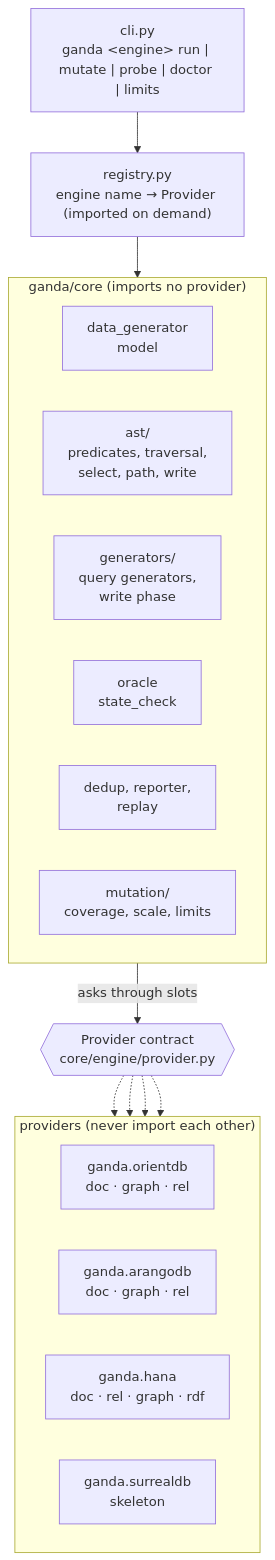
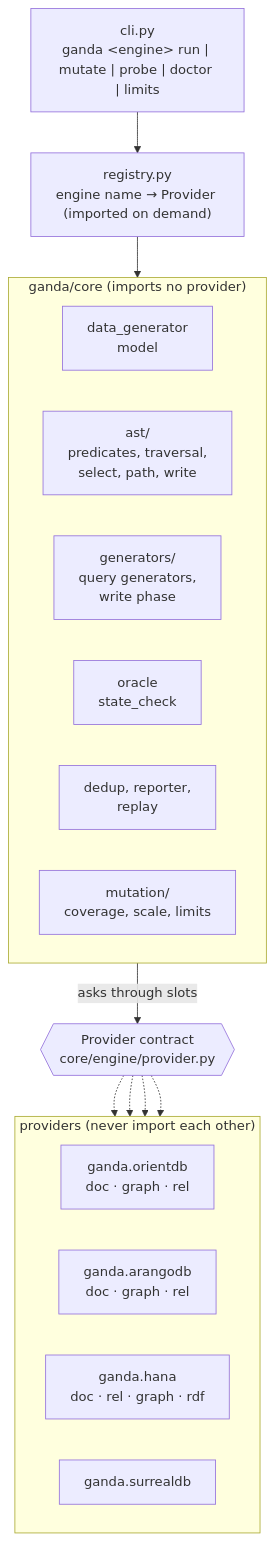
Before and after one commit to adoubleb/ganda: the first of 2 diagrams in docs/architecture.md, drawn with Mermaid. The commit also changed other lines of this file and 16 other files, not shown here.

````diff
--- a/docs/architecture.md
+++ b/docs/architecture.md
@@ -17,30 +17,30 @@
 ```mermaid
 flowchart TB
     cli["cli.py<br/>ganda &lt;engine&gt; run | mutate | probe | doctor | limits"]
     reg["registry.py<br/>engine name → Provider (imported on demand)"]
     cli --> reg
 
     subgraph core["ganda/core (imports no provider)"]
         direction LR
         gen["data_generator<br/>model"]
         ast["ast/<br/>predicates, traversal,<br/>select, path, write"]
         qg["generators/<br/>query generators,<br/>write phase"]
         orc["oracle<br/>state_check"]
         out["dedup, reporter,<br/>replay"]
         mut["mutation/<br/>coverage, scale, limits"]
     end
 
     contract{{"Provider contract<br/>core/engine/provider.py"}}
 
     subgraph providers["providers (never import each other)"]
         direction LR
         o["ganda.orientdb<br/>doc · graph · rel"]
         a["ganda.arangodb<br/>doc · graph · rel"]
         h["ganda.hana<br/>doc · rel · graph · rdf"]
-        s["ganda.surrealdb<br/>skeleton"]
+        s["ganda.surrealdb"]
     end
 
     reg --> core
     core -- "asks through slots" --> contract
     contract -.-> o & a & h & s
 ```
````
